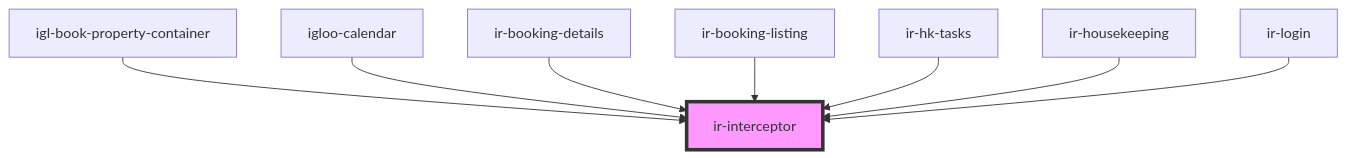
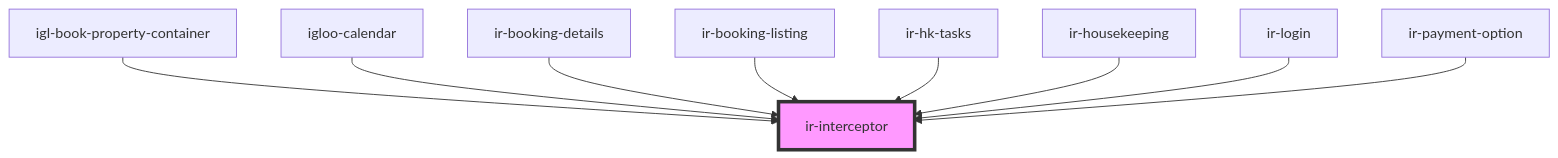
One commit to David1Chowaifaty/modified-ir-webcmp changed the diagram in src/components/ir-interceptor/readme.md. Above: the diagram before and after it, drawn with Mermaid. The commit also changed other lines of this file and 41 other files, not shown here.

Commit message:
finished the the listing header and payment option

````diff
--- a/src/components/ir-interceptor/readme.md
+++ b/src/components/ir-interceptor/readme.md
@@ -35,11 +36,12 @@
 ```mermaid
 graph TD;
   igl-book-property-container --> ir-interceptor
   igloo-calendar --> ir-interceptor
   ir-booking-details --> ir-interceptor
   ir-booking-listing --> ir-interceptor
   ir-hk-tasks --> ir-interceptor
   ir-housekeeping --> ir-interceptor
   ir-login --> ir-interceptor
+  ir-payment-option --> ir-interceptor
   style ir-interceptor fill:#f9f,stroke:#333,stroke-width:4px
 ```
````
